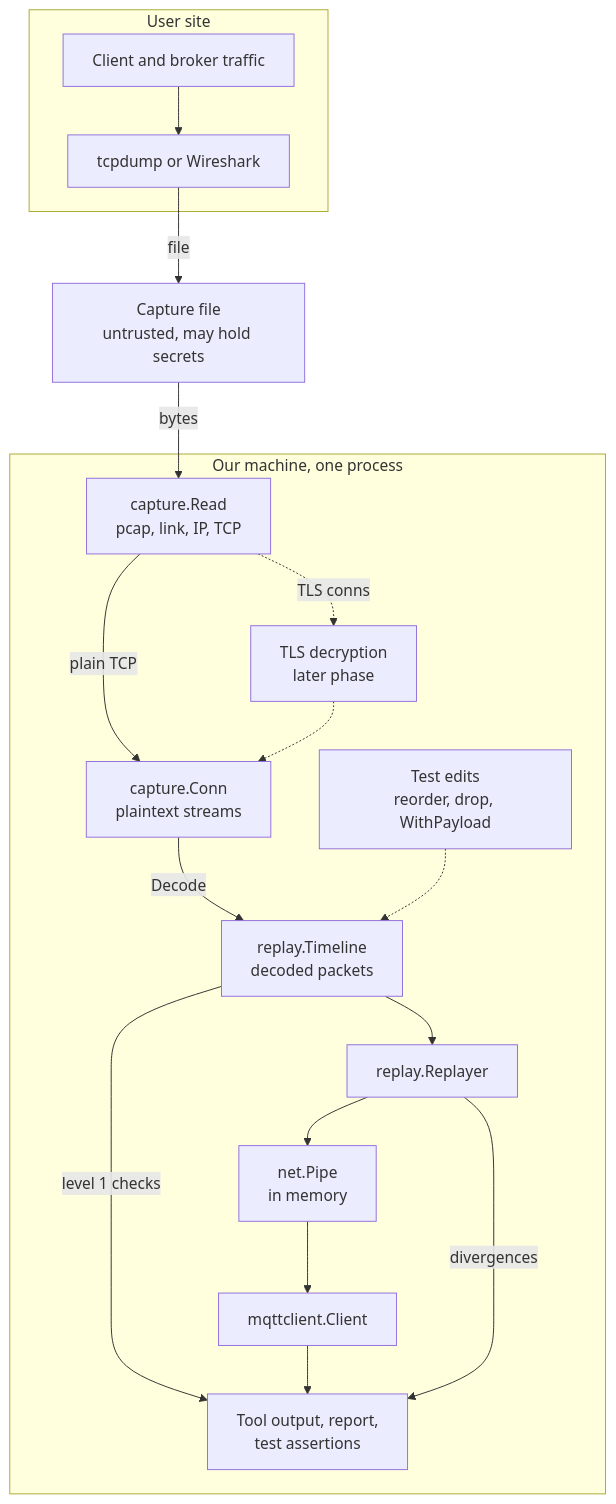
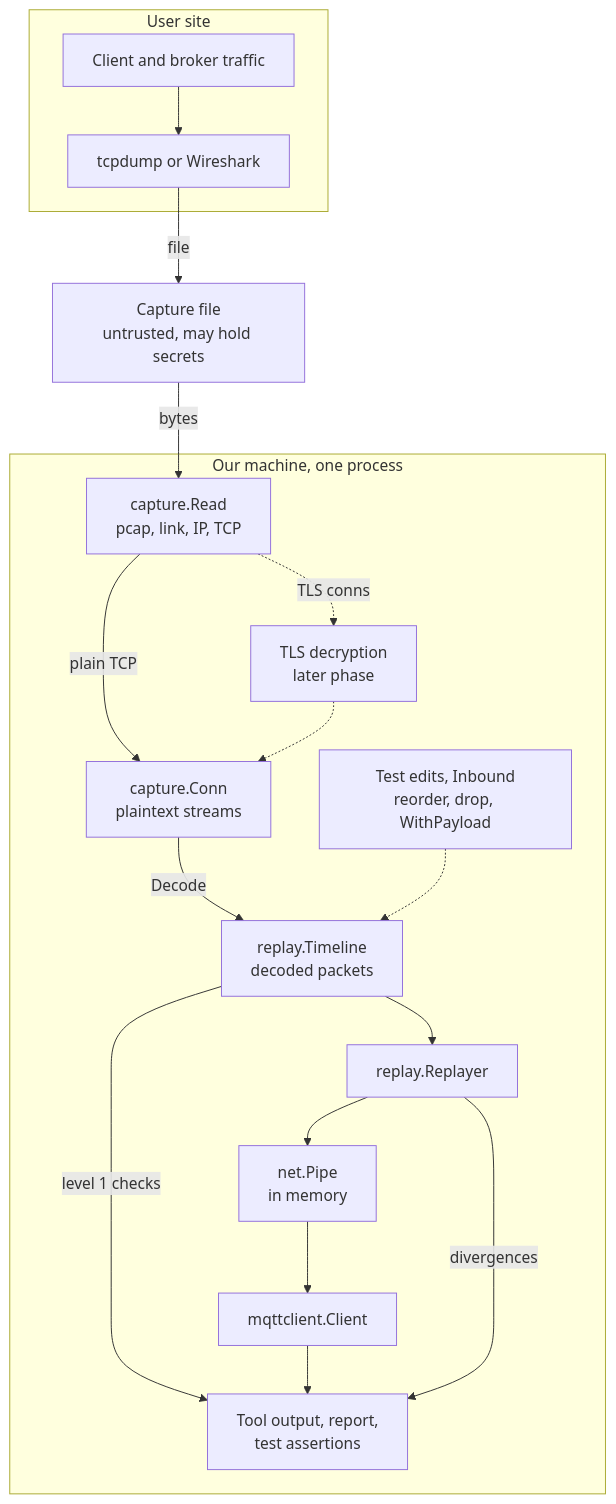
Before and after one commit to AUTOSOLN/mqtt-client: the second of 3 diagrams in docs/pcap-replay-plan.md, drawn with Mermaid. The commit also changed other lines of this file, not shown here.

First line of the commit message:
pcap replay plan: capture sources and inbound replay

````diff
--- a/docs/pcap-replay-plan.md
+++ b/docs/pcap-replay-plan.md
@@ -454,33 +542,33 @@
 ```mermaid
 flowchart TB
     subgraph site["User site"]
         net["Client and broker traffic"]
         tcpdump["tcpdump or Wireshark"]
     end
     file["Capture file<br/>untrusted, may hold secrets"]
     subgraph ours["Our machine, one process"]
         cap["capture.Read<br/>pcap, link, IP, TCP"]
         conns["capture.Conn<br/>plaintext streams"]
         tlsx["TLS decryption<br/>later phase"]
         tl["replay.Timeline<br/>decoded packets"]
-        edits["Test edits<br/>reorder, drop, WithPayload"]
+        edits["Test edits, Inbound<br/>reorder, drop, WithPayload"]
         rp["replay.Replayer"]
         pipe["net.Pipe<br/>in memory"]
         client["mqttclient.Client"]
         out["Tool output, report,<br/>test assertions"]
     end
     net --> tcpdump
     tcpdump -->|"file"| file
     file -->|"bytes"| cap
     cap -->|"plain TCP"| conns
     cap -.->|"TLS conns"| tlsx
     tlsx -.-> conns
     conns -->|"Decode"| tl
     edits -.-> tl
     tl --> rp
     tl -->|"level 1 checks"| out
     rp --> pipe
     pipe --> client
     client --> out
     rp -->|"divergences"| out
 ```
````
